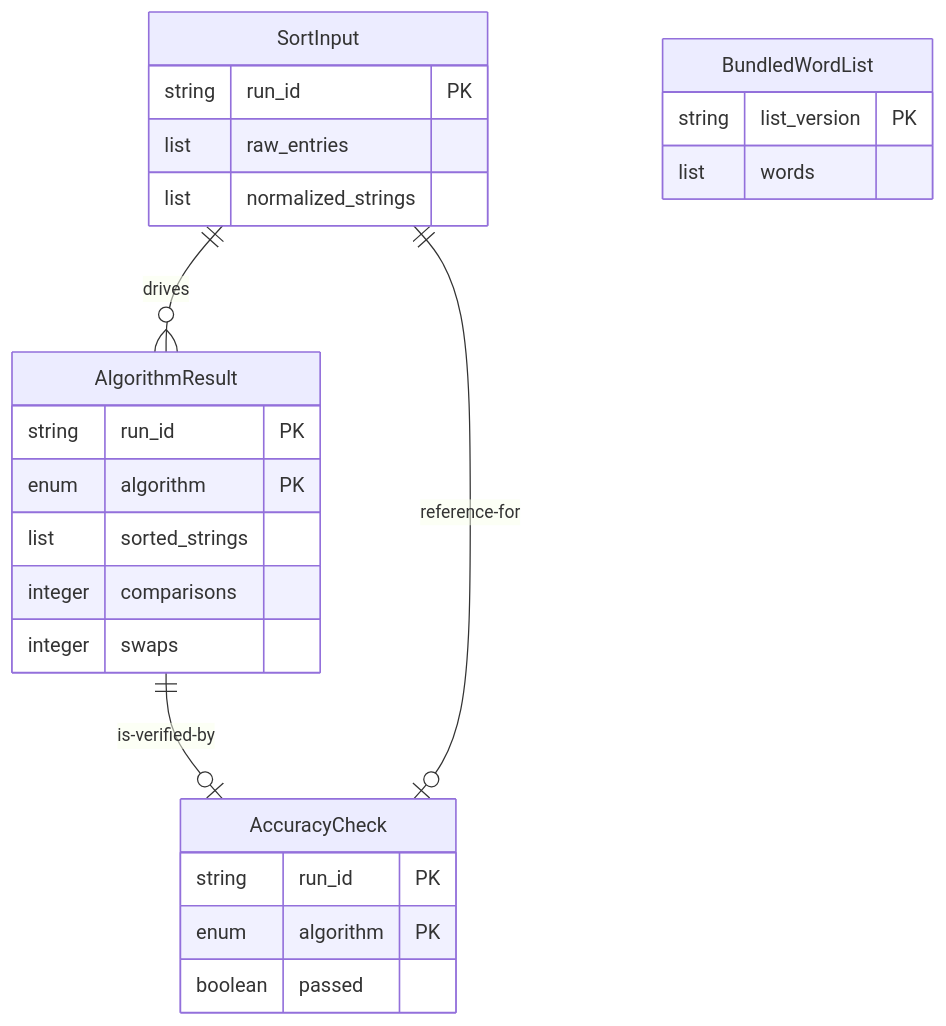
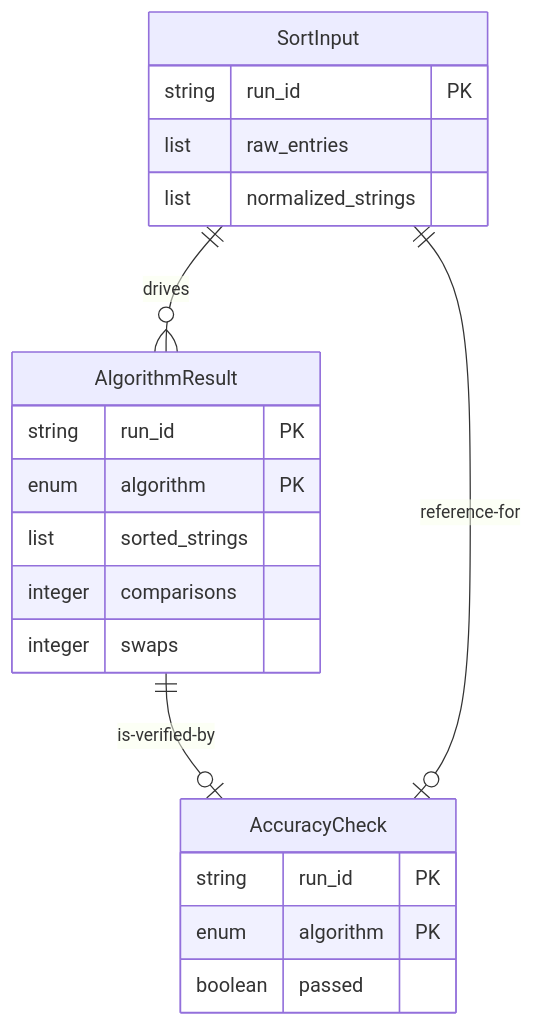
The diagram in aidlc/spaces/default/intents/261018-streamlit-string-sorter-2/construction/sorting-core/functional-design/entities.md (beautifularchitecture/sort_diff), drawn with Mermaid before and after one commit. The commit also changed other lines of this file and 4 other files, not shown here.

````diff
--- a/aidlc/spaces/default/intents/261018-streamlit-string-sorter-2/construction/sorting-core/functional-design/entities.md
+++ b/aidlc/spaces/default/intents/261018-streamlit-string-sorter-2/construction/sorting-core/functional-design/entities.md
@@ -170,31 +145,26 @@
 ```mermaid
 erDiagram
     SortInput ||--o{ AlgorithmResult : "drives"
     AlgorithmResult ||--o| AccuracyCheck : "is-verified-by"
     SortInput ||--o| AccuracyCheck : "reference-for"
 
     SortInput {
         string run_id PK
         list raw_entries
         list normalized_strings
     }
 
     AlgorithmResult {
         string run_id PK
         enum algorithm PK
         list sorted_strings
         integer comparisons
         integer swaps
     }
 
     AccuracyCheck {
         string run_id PK
         enum algorithm PK
         boolean passed
     }
-
-    BundledWordList {
-        string list_version PK
-        list words
-    }
 ```
````
